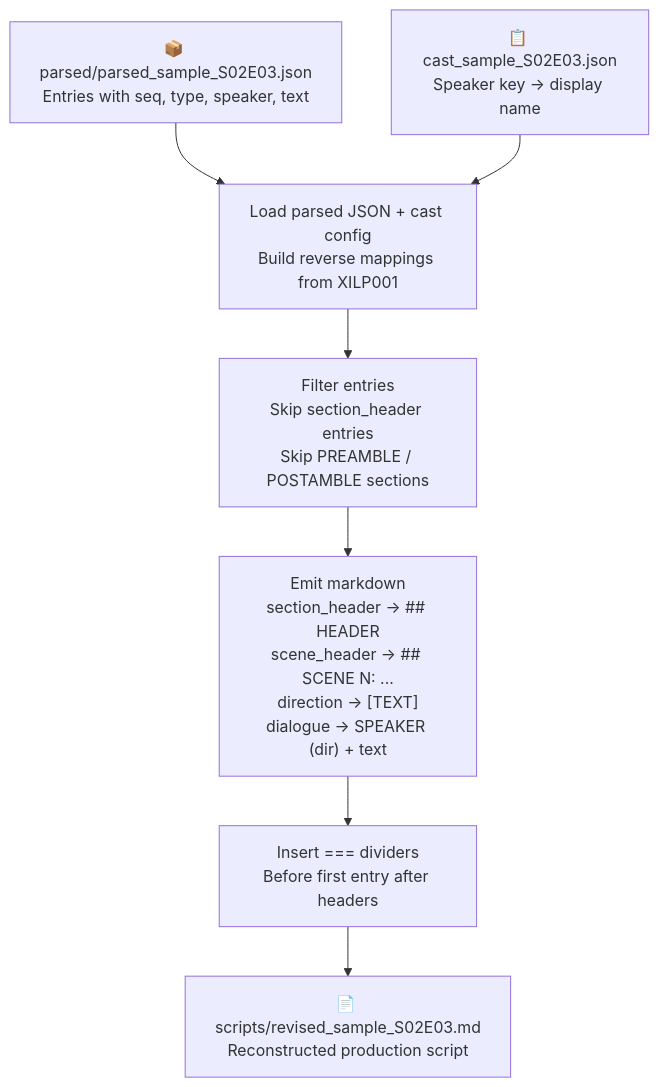
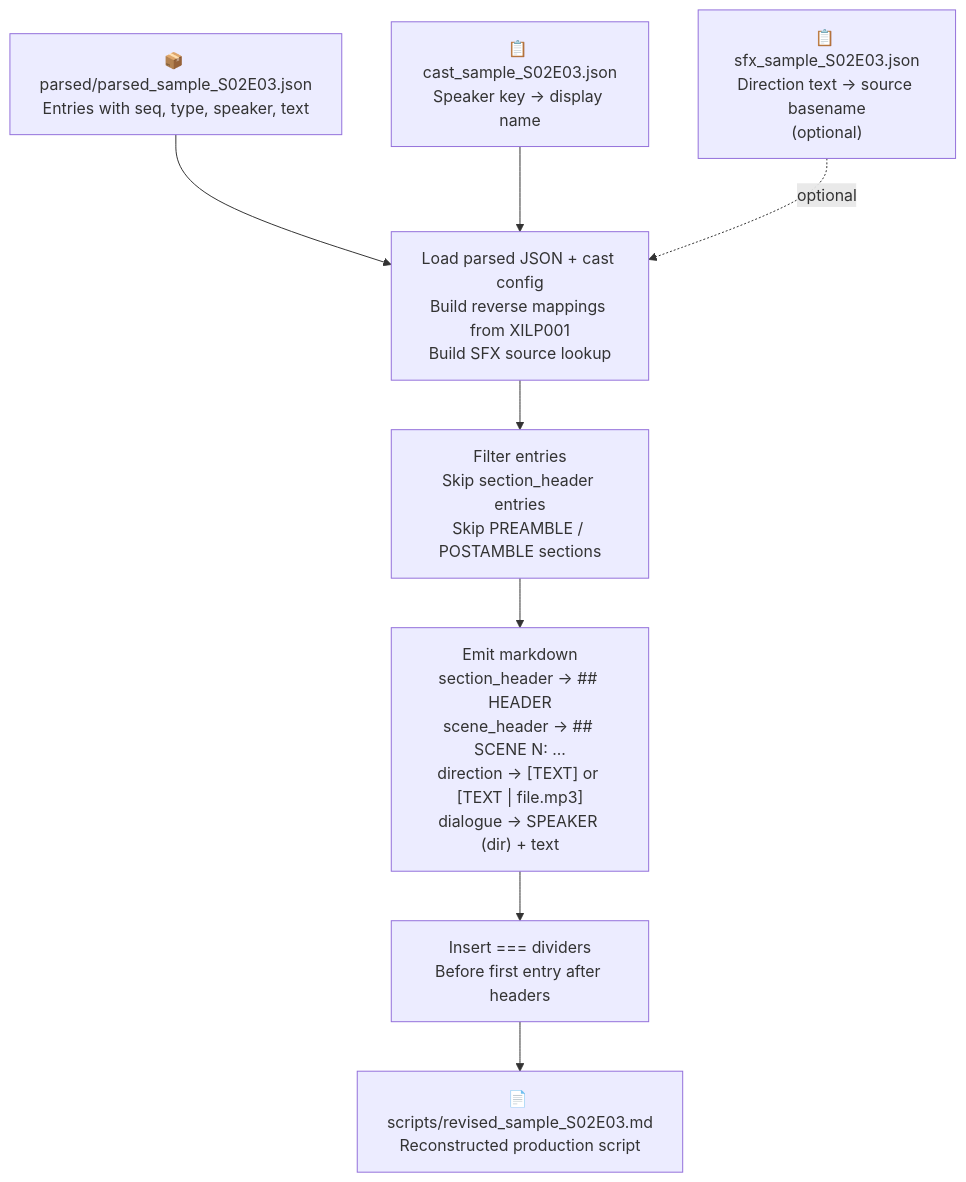
Diagram 19 of 22 in docs/pipeline.md (xilcmd/xil-pipeline), drawn with Mermaid before and after one commit. The commit also changed other lines of this file and 12 other files, not shown here.

````diff
--- a/docs/pipeline.md
+++ b/docs/pipeline.md
@@ -1156,27 +1193,32 @@
 ```mermaid
 flowchart TD
     PARSED["`📦 parsed/parsed_sample_S02E03.json
     Entries with seq, type, speaker, text`"]
     CAST["`📋 cast_sample_S02E03.json
     Speaker key → display name`"]
+    SFX["`📋 sfx_sample_S02E03.json
+    Direction text → source basename
+    (optional)`"]
 
     LOAD["`Load parsed JSON + cast config
-    Build reverse mappings from XILP001`"]
+    Build reverse mappings from XILP001
+    Build SFX source lookup`"]
     FILTER["`Filter entries
     Skip section_header entries
     Skip PREAMBLE / POSTAMBLE sections`"]
     EMIT["`Emit markdown
     section_header → ## HEADER
     scene_header → ## SCENE N: ...
-    direction → [TEXT]
+    direction → [TEXT] or [TEXT | file.mp3]
     dialogue → SPEAKER (dir) + text`"]
     DIVIDER["`Insert === dividers
     Before first entry after headers`"]
 
     PARSED --> LOAD
     CAST --> LOAD
+    SFX -.->|optional| LOAD
     LOAD --> FILTER --> EMIT
     EMIT --> DIVIDER
     DIVIDER --> OUTPUT["`📄 scripts/revised_sample_S02E03.md
     Reconstructed production script`"]
 ```
````
